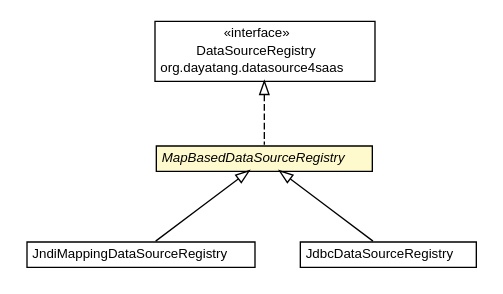
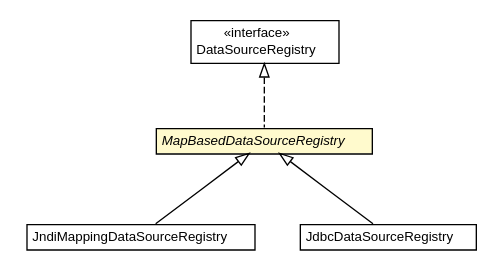
Before and after one commit to dayatang/dddlib: the diagram in dddlib-datasource-saas/apidocs/org/dayatang/datasource4saas/dsregistry/MapBasedDataSourceRegistry.dot, drawn with Graphviz. The commit also changed 294 other files, not shown here.

```diff
--- a/dddlib-datasource-saas/apidocs/org/dayatang/datasource4saas/dsregistry/MapBasedDataSourceRegistry.dot
+++ b/dddlib-datasource-saas/apidocs/org/dayatang/datasource4saas/dsregistry/MapBasedDataSourceRegistry.dot
@@ -1,44 +1,43 @@
 #!/usr/local/bin/dot
 #
 # Class diagram 
 # Generated by UMLGraph version R5_6_6-8-g8d7759 (http://www.umlgraph.org/)
 #
 
 digraph G {
 	edge [fontname="Helvetica",fontsize=10,labelfontname="Helvetica",labelfontsize=10];
 	node [fontname="Helvetica",fontsize=10,shape=plaintext];
 	nodesep=0.25;
 	ranksep=0.5;
 	// org.dayatang.datasource4saas.DataSourceRegistry
-	c356 [label=<<table title="org.dayatang.datasource4saas.DataSourceRegistry" border="0" cellborder="1" cellspacing="0" cellpadding="2" port="p" href="../DataSourceRegistry.html">
+	c347 [label=<<table title="org.dayatang.datasource4saas.DataSourceRegistry" border="0" cellborder="1" cellspacing="0" cellpadding="2" port="p" href="../DataSourceRegistry.html">
 		<tr><td><table border="0" cellspacing="0" cellpadding="1">
 <tr><td align="center" balign="center"> &#171;interface&#187; </td></tr>
 <tr><td align="center" balign="center"> DataSourceRegistry </td></tr>
-<tr><td align="center" balign="center"> org.dayatang.datasource4saas </td></tr>
 		</table></td></tr>
 		</table>>, URL="../DataSourceRegistry.html", fontname="Helvetica", fontcolor="black", fontsize=10.0];
 	// org.dayatang.datasource4saas.dsregistry.MapBasedDataSourceRegistry
-	c366 [label=<<table title="org.dayatang.datasource4saas.dsregistry.MapBasedDataSourceRegistry" border="0" cellborder="1" cellspacing="0" cellpadding="2" port="p" bgcolor="lemonChiffon" href="./MapBasedDataSourceRegistry.html">
+	c357 [label=<<table title="org.dayatang.datasource4saas.dsregistry.MapBasedDataSourceRegistry" border="0" cellborder="1" cellspacing="0" cellpadding="2" port="p" bgcolor="lemonChiffon" href="./MapBasedDataSourceRegistry.html">
 		<tr><td><table border="0" cellspacing="0" cellpadding="1">
 <tr><td align="center" balign="center"><font face="Helvetica-Oblique"> MapBasedDataSourceRegistry </font></td></tr>
 		</table></td></tr>
 		</table>>, URL="./MapBasedDataSourceRegistry.html", fontname="Helvetica", fontcolor="black", fontsize=10.0];
 	// org.dayatang.datasource4saas.dsregistry.JndiMappingDataSourceRegistry
-	c367 [label=<<table title="org.dayatang.datasource4saas.dsregistry.JndiMappingDataSourceRegistry" border="0" cellborder="1" cellspacing="0" cellpadding="2" port="p" href="./JndiMappingDataSourceRegistry.html">
+	c358 [label=<<table title="org.dayatang.datasource4saas.dsregistry.JndiMappingDataSourceRegistry" border="0" cellborder="1" cellspacing="0" cellpadding="2" port="p" href="./JndiMappingDataSourceRegistry.html">
 		<tr><td><table border="0" cellspacing="0" cellpadding="1">
 <tr><td align="center" balign="center"> JndiMappingDataSourceRegistry </td></tr>
 		</table></td></tr>
 		</table>>, URL="./JndiMappingDataSourceRegistry.html", fontname="Helvetica", fontcolor="black", fontsize=10.0];
 	// org.dayatang.datasource4saas.dsregistry.JdbcDataSourceRegistry
-	c368 [label=<<table title="org.dayatang.datasource4saas.dsregistry.JdbcDataSourceRegistry" border="0" cellborder="1" cellspacing="0" cellpadding="2" port="p" href="./JdbcDataSourceRegistry.html">
+	c359 [label=<<table title="org.dayatang.datasource4saas.dsregistry.JdbcDataSourceRegistry" border="0" cellborder="1" cellspacing="0" cellpadding="2" port="p" href="./JdbcDataSourceRegistry.html">
 		<tr><td><table border="0" cellspacing="0" cellpadding="1">
 <tr><td align="center" balign="center"> JdbcDataSourceRegistry </td></tr>
 		</table></td></tr>
 		</table>>, URL="./JdbcDataSourceRegistry.html", fontname="Helvetica", fontcolor="black", fontsize=10.0];
 	//org.dayatang.datasource4saas.dsregistry.MapBasedDataSourceRegistry implements org.dayatang.datasource4saas.DataSourceRegistry
-	c356:p -> c366:p [dir=back,arrowtail=empty,style=dashed];
+	c347:p -> c357:p [dir=back,arrowtail=empty,style=dashed];
 	//org.dayatang.datasource4saas.dsregistry.JndiMappingDataSourceRegistry extends org.dayatang.datasource4saas.dsregistry.MapBasedDataSourceRegistry
-	c366:p -> c367:p [dir=back,arrowtail=empty];
+	c357:p -> c358:p [dir=back,arrowtail=empty];
 	//org.dayatang.datasource4saas.dsregistry.JdbcDataSourceRegistry extends org.dayatang.datasource4saas.dsregistry.MapBasedDataSourceRegistry
-	c366:p -> c368:p [dir=back,arrowtail=empty];
+	c357:p -> c359:p [dir=back,arrowtail=empty];
 }
```
